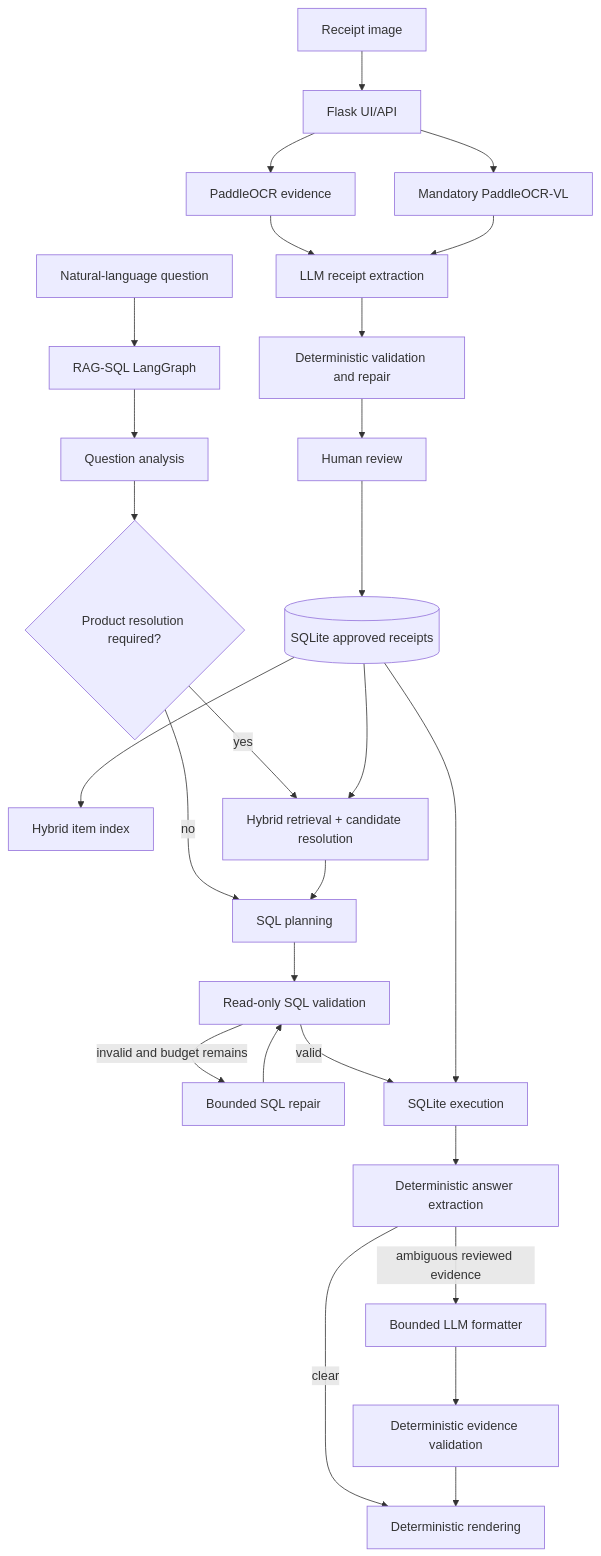
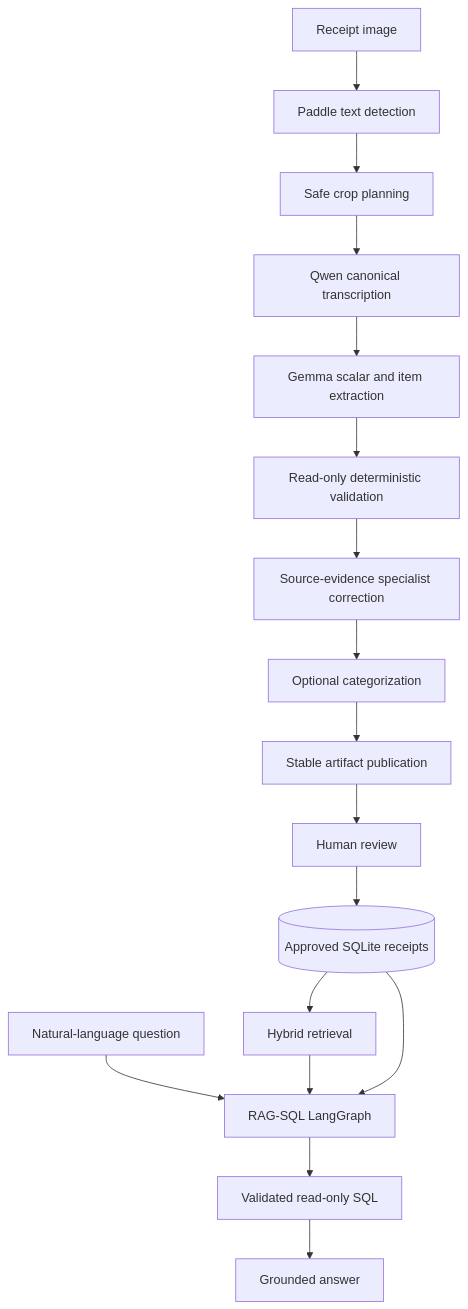
Before and after one commit to ftolou/document-intelligence: the diagram in docs/ARCHITECTURE.md, drawn with Mermaid. The commit also changed other lines of this file and 274 other files, not shown here.

````diff
--- a/docs/ARCHITECTURE.md
+++ b/docs/ARCHITECTURE.md
@@ -6,30 +3,20 @@
 ```mermaid
 flowchart TD
-    A[Receipt image] --> B[Flask UI/API]
-    B --> C[PaddleOCR evidence]
-    B --> D[Mandatory PaddleOCR-VL]
-    C --> E[LLM receipt extraction]
-    D --> E
-    E --> F[Deterministic validation and repair]
-    F --> G[Human review]
-    G --> H[(SQLite approved receipts)]
-    H --> I[Hybrid item index]
+    A[Receipt image] --> B[Paddle text detection]
+    B --> C[Safe crop planning]
+    C --> D[Qwen canonical transcription]
+    D --> E[Gemma scalar and item extraction]
+    E --> F[Read-only deterministic validation]
+    F --> G[Source-evidence specialist correction]
+    G --> H[Optional categorization]
+    H --> I[Stable artifact publication]
+    I --> J[Human review]
+    J --> K[(Approved SQLite receipts)]
 
-    Q[Natural-language question] --> J[RAG-SQL LangGraph]
-    J --> K[Question analysis]
-    K --> L{Product resolution required?}
-    L -->|yes| M[Hybrid retrieval + candidate resolution]
-    L -->|no| N[SQL planning]
-    M --> N
-    N --> O[Read-only SQL validation]
-    O -->|invalid and budget remains| P[Bounded SQL repair]
-    P --> O
-    O -->|valid| R[SQLite execution]
-    R --> S[Deterministic answer extraction]
-    S -->|clear| T[Deterministic rendering]
-    S -->|ambiguous reviewed evidence| U[Bounded LLM formatter]
-    U --> V[Deterministic evidence validation]
-    V --> T
-    H --> M
-    H --> R
+    Q[Natural-language question] --> L[RAG-SQL LangGraph]
+    K --> M[Hybrid retrieval]
+    M --> L
+    K --> L
+    L --> N[Validated read-only SQL]
+    N --> O[Grounded answer]
 ```
````
